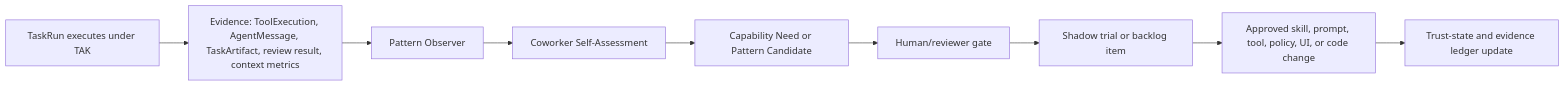
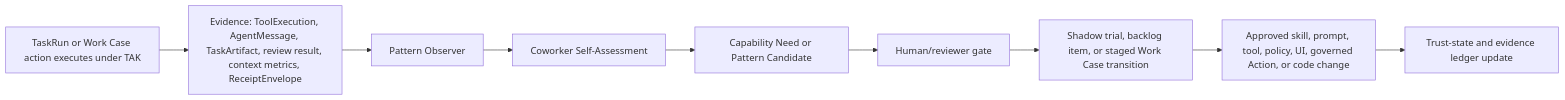
Before and after one commit to OpenDigitalProductFactory/opendigitalproductfactory: the diagram in docs/superpowers/specs/2026-06-27-governed-adaptive-playbooks-design.md, drawn with Mermaid. The commit also changed other lines of this file, not shown here.

Commit message:
docs: align adaptive playbooks with work cases

````diff
--- a/docs/superpowers/specs/2026-06-27-governed-adaptive-playbooks-design.md
+++ b/docs/superpowers/specs/2026-06-27-governed-adaptive-playbooks-design.md
@@ -167,11 +204,11 @@
 ```mermaid
 flowchart LR
-  A["TaskRun executes under TAK"] --> B["Evidence: ToolExecution, AgentMessage, TaskArtifact, review result, context metrics"]
+  A["TaskRun or Work Case action executes under TAK"] --> B["Evidence: ToolExecution, AgentMessage, TaskArtifact, review result, context metrics, ReceiptEnvelope"]
   B --> C["Pattern Observer"]
   C --> D["Coworker Self-Assessment"]
   D --> E["Capability Need or Pattern Candidate"]
   E --> F["Human/reviewer gate"]
-  F --> G["Shadow trial or backlog item"]
-  G --> H["Approved skill, prompt, tool, policy, UI, or code change"]
+  F --> G["Shadow trial, backlog item, or staged Work Case transition"]
+  G --> H["Approved skill, prompt, tool, policy, UI, governed Action, or code change"]
   H --> I["Trust-state and evidence ledger update"]
 ```
````
